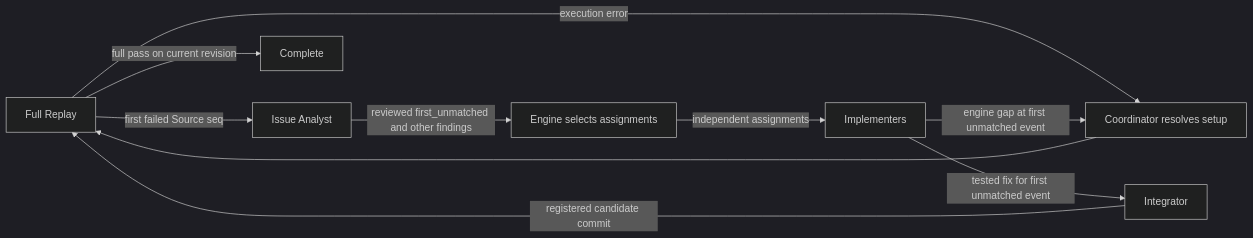
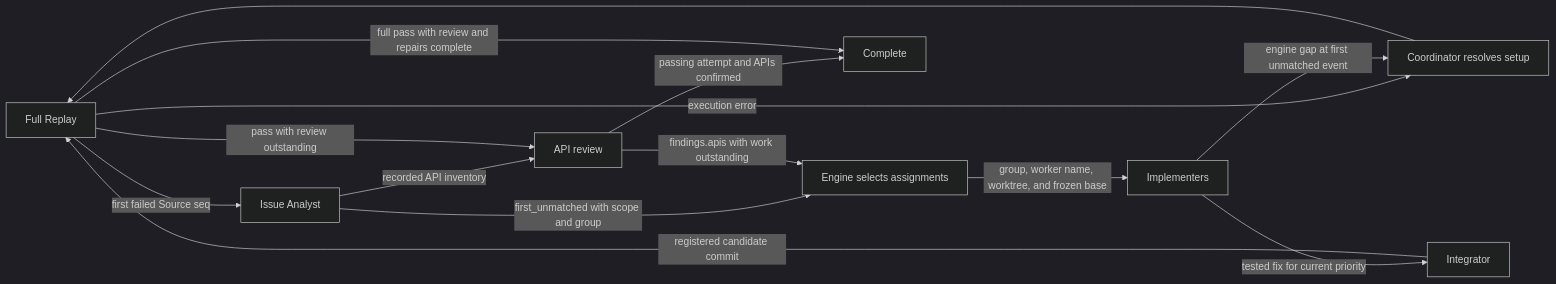
One commit to we-b0ts/be-engine changed the diagram in docs/session-regression.md. Above: the diagram before and after it, drawn with Mermaid (dark theme). The commit also changed other lines of this file and 36 other files, not shown here.

Commit message:
feat(replay): drive grouped repairs and engine retries from status

````diff
--- a/docs/session-regression.md
+++ b/docs/session-regression.md
@@ -124,12 +149,16 @@
 ```mermaid
 flowchart LR
     replay[Full Replay] -->|first failed Source seq| analysis[Issue Analyst]
     replay -->|execution error| setup[Coordinator resolves setup]
     setup --> replay
-    analysis -->|reviewed first_unmatched and other findings| plan[Engine selects assignments]
-    plan -->|independent assignments| work[Implementers]
+    analysis -->|first_unmatched with scope and group| plan[Engine selects assignments]
+    analysis -->|recorded API inventory| review[API review]
+    replay -->|pass with review outstanding| review
+    review -->|findings.apis with work outstanding| plan
+    review -->|passing attempt and APIs confirmed| complete[Complete]
+    plan -->|group, worker name, worktree, and frozen base| work[Implementers]
     work -->|engine gap at first unmatched event| setup
-    work -->|tested fix for first unmatched event| integration[Integrator]
+    work -->|tested fix for current priority| integration[Integrator]
     integration -->|registered candidate commit| replay
-    replay -->|full pass on current revision| complete[Complete]
+    replay -->|full pass with review and repairs complete| complete
 ```
````
